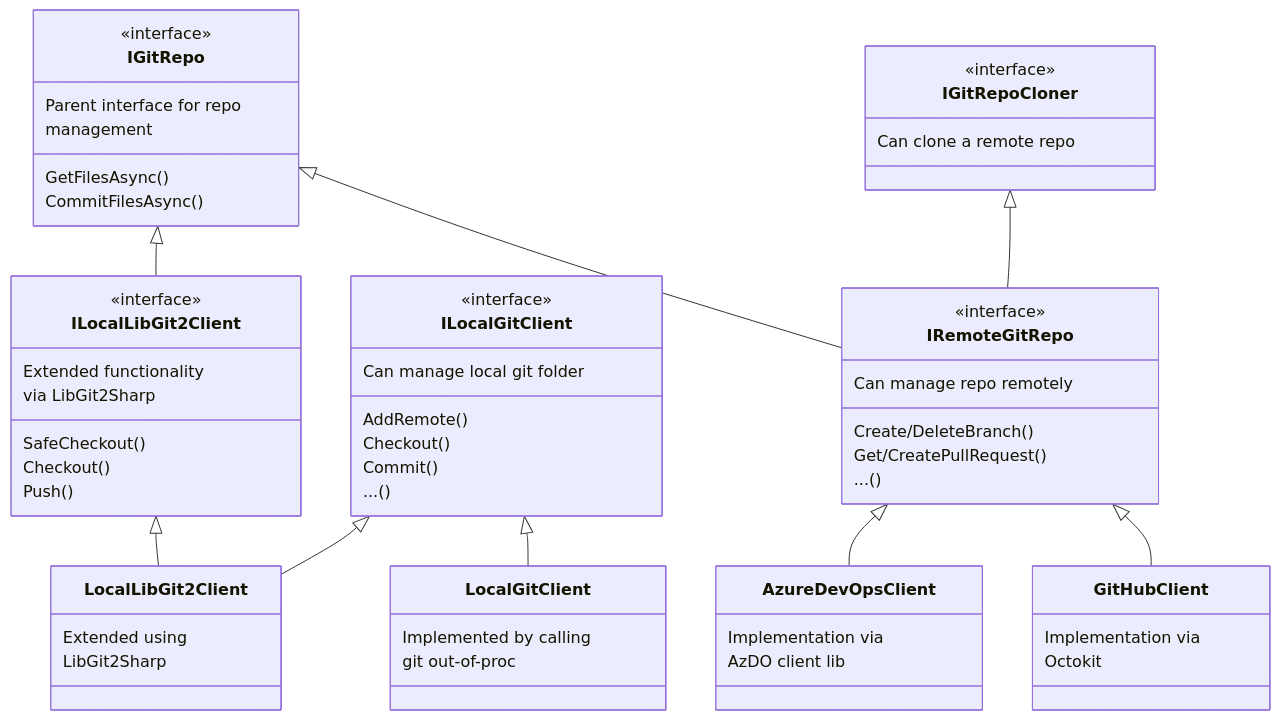
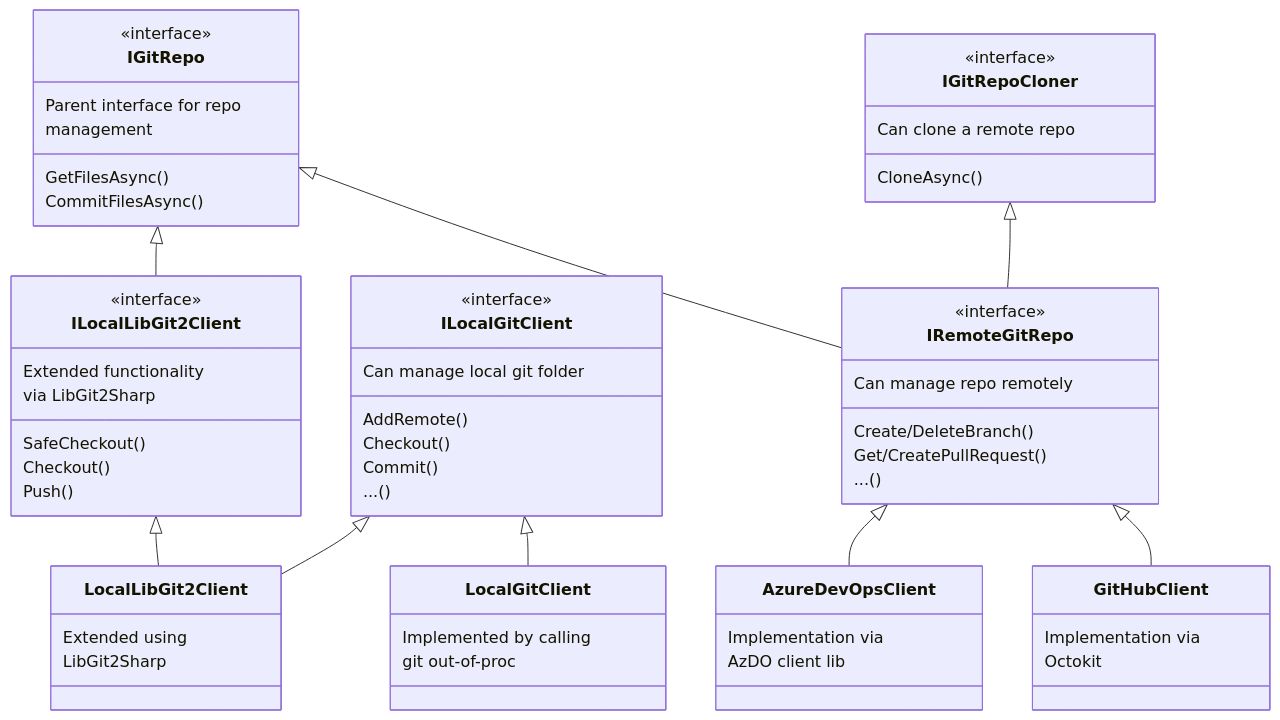
Before and after one commit to dotnet/arcade-services: the diagram in src/Microsoft.DotNet.Darc/DarcLib/Architecture.md, drawn with Mermaid.

Commit message:
Add CloneAsync()

````diff
--- a/src/Microsoft.DotNet.Darc/DarcLib/Architecture.md
+++ b/src/Microsoft.DotNet.Darc/DarcLib/Architecture.md
@@ -9,70 +9,71 @@
 ```mermaid
 classDiagram
     IGitRepo <|-- ILocalLibGit2Client
     ILocalGitClient <|-- LocalLibGit2Client
     ILocalLibGit2Client <|-- LocalLibGit2Client
     ILocalGitClient <|-- LocalGitClient
     IGitRepo <|-- IRemoteGitRepo
     IGitRepoCloner <|-- IRemoteGitRepo
     IRemoteGitRepo <|-- AzureDevOpsClient
     IRemoteGitRepo <|-- GitHubClient
 
     class IGitRepo {
         <<interface>>
         Parent interface for repo
         management
         GetFilesAsync()
         CommitFilesAsync()
     }
 
     class ILocalLibGit2Client {
         <<interface>>
         Extended functionality
         via LibGit2Sharp
         SafeCheckout()
         Checkout()
         Push()
     }
 
     class ILocalGitClient {
         <<interface>>
         Can manage local git folder
         AddRemote()
         Checkout()
         Commit()
         ...()
     }
 
     class LocalGitClient {
         Implemented by calling
         git out-of-proc
     }
 
     class LocalLibGit2Client {
         Extended using
         LibGit2Sharp
     }
 
     class IGitRepoCloner {
         <<interface>>
         Can clone a remote repo
+        CloneAsync()
     }
 
     class IRemoteGitRepo {
         <<interface>>
         Can manage repo remotely
         Create/DeleteBranch()
         Get/CreatePullRequest()
         ...()
     }
 
     class GitHubClient {
         Implementation via
         Octokit
     }
 
     class AzureDevOpsClient {
         Implementation via
         AzDO client lib
     }
 ```
````
